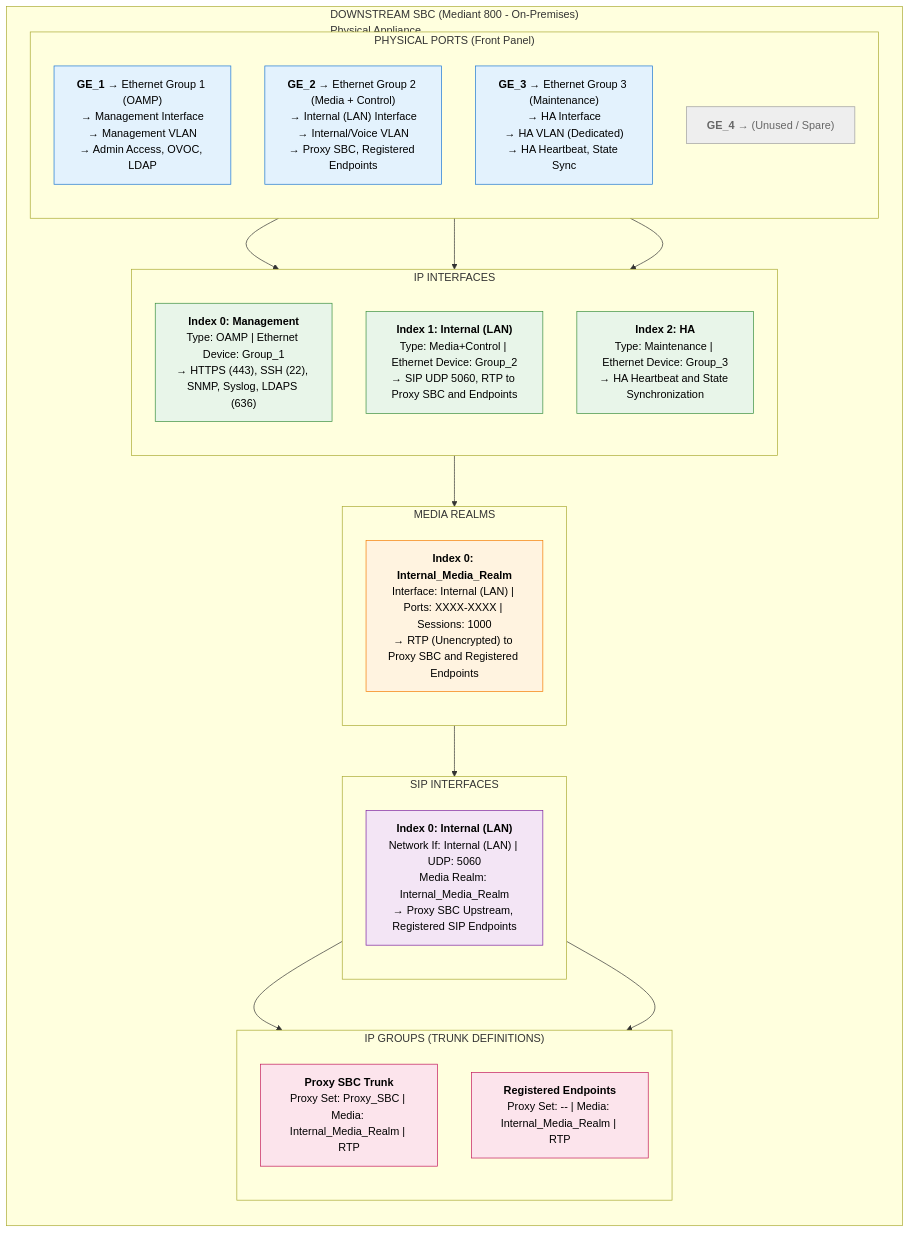
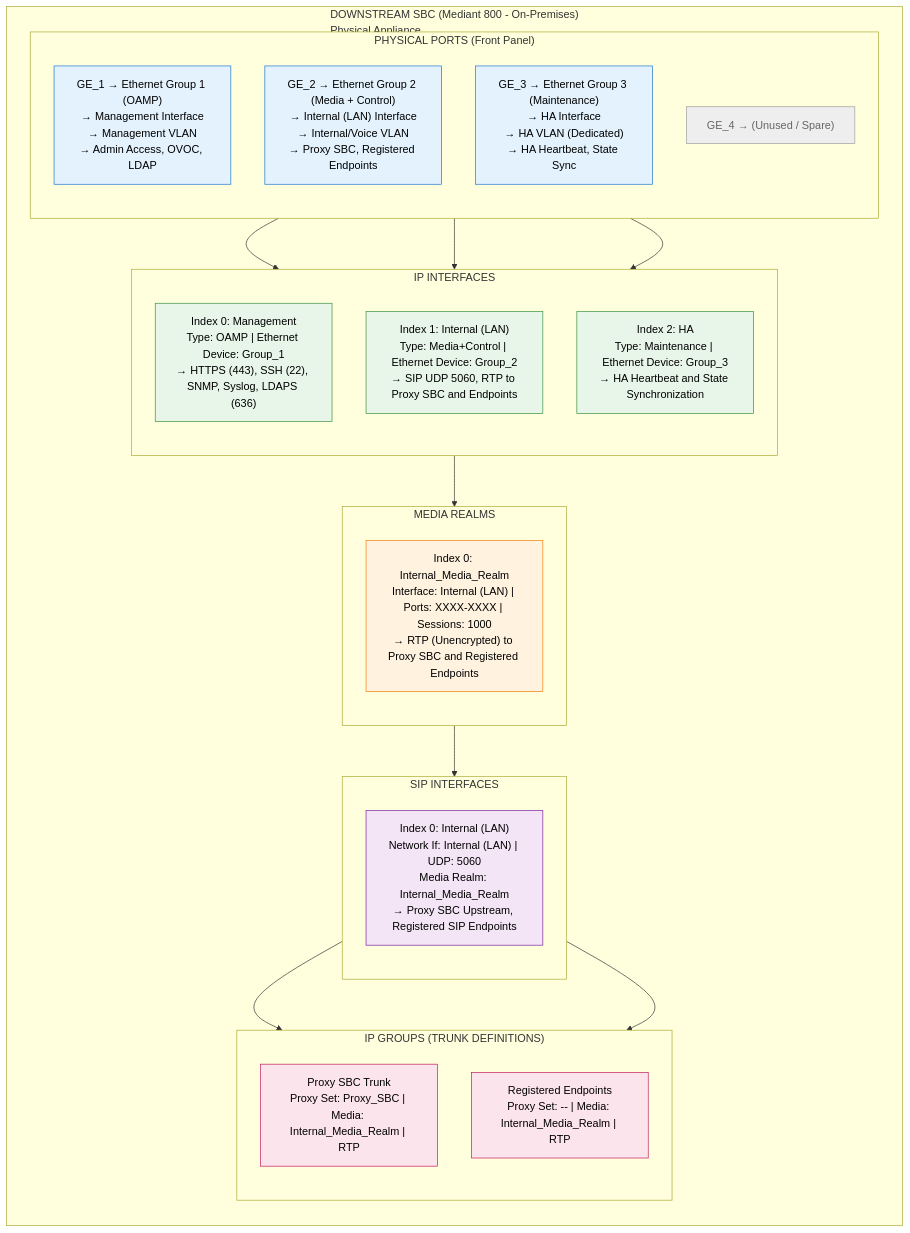
One commit to kevinsing999/public changed diagram 19 of 26 in AudioCodes-AWS-Deployment-Guide.md. Above: the diagram before and after it, drawn with Mermaid. The commit also changed other lines of this file and 4 other files, not shown here.

First line of the commit message:
Fix GitHub mermaid rendering: replace unsupported syntax across 20 diagrams

````diff
--- a/AudioCodes-AWS-Deployment-Guide.md
+++ b/AudioCodes-AWS-Deployment-Guide.md
@@ -3769,66 +3786,66 @@
 ```mermaid
 %%{init: {'theme': 'default'}}%%
 %% D.8.2 - Downstream SBC (On-Premises Mediant 800) - Complete Interface Architecture
 
 flowchart TB
     subgraph MainBox["DOWNSTREAM SBC (Mediant 800 - On-Premises)<br/>Physical Appliance"]
         direction TB
 
         subgraph PhysicalPorts["PHYSICAL PORTS (Front Panel)"]
             direction TB
-            GE1["<b>GE_1</b> → Ethernet Group 1 (OAMP)<br/>→ Management Interface<br/>→ Management VLAN<br/>→ Admin Access, OVOC, LDAP"]
-            GE2["<b>GE_2</b> → Ethernet Group 2 (Media + Control)<br/>→ Internal (LAN) Interface<br/>→ Internal/Voice VLAN<br/>→ Proxy SBC, Registered Endpoints"]
-            GE3["<b>GE_3</b> → Ethernet Group 3 (Maintenance)<br/>→ HA Interface<br/>→ HA VLAN (Dedicated)<br/>→ HA Heartbeat, State Sync"]
-            GE4["<b>GE_4</b> → (Unused / Spare)"]
+            GE1["GE_1 → Ethernet Group 1 (OAMP)<br/>→ Management Interface<br/>→ Management VLAN<br/>→ Admin Access, OVOC, LDAP"]
+            GE2["GE_2 → Ethernet Group 2 (Media + Control)<br/>→ Internal (LAN) Interface<br/>→ Internal/Voice VLAN<br/>→ Proxy SBC, Registered Endpoints"]
+            GE3["GE_3 → Ethernet Group 3 (Maintenance)<br/>→ HA Interface<br/>→ HA VLAN (Dedicated)<br/>→ HA Heartbeat, State Sync"]
+            GE4["GE_4 → (Unused / Spare)"]
         end
 
         subgraph IPInterfaces["IP INTERFACES"]
             direction TB
-            IP0["<b>Index 0: Management</b><br/>Type: OAMP | Ethernet Device: Group_1<br/>→ HTTPS (443), SSH (22), SNMP, Syslog, LDAPS (636)"]
-            IP1["<b>Index 1: Internal (LAN)</b><br/>Type: Media+Control | Ethernet Device: Group_2<br/>→ SIP UDP 5060, RTP to Proxy SBC and Endpoints"]
-            IP2["<b>Index 2: HA</b><br/>Type: Maintenance | Ethernet Device: Group_3<br/>→ HA Heartbeat and State Synchronization"]
+            IP0["Index 0: Management<br/>Type: OAMP | Ethernet Device: Group_1<br/>→ HTTPS (443), SSH (22), SNMP, Syslog, LDAPS (636)"]
+            IP1["Index 1: Internal (LAN)<br/>Type: Media+Control | Ethernet Device: Group_2<br/>→ SIP UDP 5060, RTP to Proxy SBC and Endpoints"]
+            IP2["Index 2: HA<br/>Type: Maintenance | Ethernet Device: Group_3<br/>→ HA Heartbeat and State Synchronization"]
         end
 
         subgraph MediaRealms["MEDIA REALMS"]
             direction TB
-            MR0["<b>Index 0: Internal_Media_Realm</b><br/>Interface: Internal (LAN) | Ports: XXXX-XXXX | Sessions: 1000<br/>→ RTP (Unencrypted) to Proxy SBC and Registered Endpoints"]
+            MR0["Index 0: Internal_Media_Realm<br/>Interface: Internal (LAN) | Ports: XXXX-XXXX | Sessions: 1000<br/>→ RTP (Unencrypted) to Proxy SBC and Registered Endpoints"]
         end
 
         subgraph SIPInterfaces["SIP INTERFACES"]
             direction TB
-            SIP0["<b>Index 0: Internal (LAN)</b><br/>Network If: Internal (LAN) | UDP: 5060<br/>Media Realm: Internal_Media_Realm<br/>→ Proxy SBC Upstream, Registered SIP Endpoints"]
+            SIP0["Index 0: Internal (LAN)<br/>Network If: Internal (LAN) | UDP: 5060<br/>Media Realm: Internal_Media_Realm<br/>→ Proxy SBC Upstream, Registered SIP Endpoints"]
         end
 
         subgraph IPGroups["IP GROUPS (TRUNK DEFINITIONS)"]
             direction TB
-            IPG1["<b>Proxy SBC Trunk</b><br/>Proxy Set: Proxy_SBC | Media: Internal_Media_Realm | RTP"]
-            IPG2["<b>Registered Endpoints</b><br/>Proxy Set: -- | Media: Internal_Media_Realm | RTP"]
+            IPG1["Proxy SBC Trunk<br/>Proxy Set: Proxy_SBC | Media: Internal_Media_Realm | RTP"]
+            IPG2["Registered Endpoints<br/>Proxy Set: -- | Media: Internal_Media_Realm | RTP"]
         end
     end
 
     %% Connections showing logical flow
     GE1 --> IP0
     GE2 --> IP1
     GE3 --> IP2
 
     IP1 --> MR0
     MR0 --> SIP0
     SIP0 --> IPG1
     SIP0 --> IPG2
 
     %% Styling
     classDef header fill:#ff9800,stroke:#e65100,color:#000,font-weight:bold
     classDef ports fill:#e3f2fd,stroke:#1976d2,color:#000
     classDef interfaces fill:#e8f5e9,stroke:#388e3c,color:#000
     classDef realms fill:#fff3e0,stroke:#f57c00,color:#000
     classDef sipif fill:#f3e5f5,stroke:#7b1fa2,color:#000
     classDef groups fill:#fce4ec,stroke:#c2185b,color:#000
     classDef unused fill:#eeeeee,stroke:#9e9e9e,color:#666
 
     class GE1,GE2,GE3 ports
     class GE4 unused
     class IP0,IP1,IP2 interfaces
     class MR0 realms
     class SIP0 sipif
     class IPG1,IPG2 groups
 ```
````
